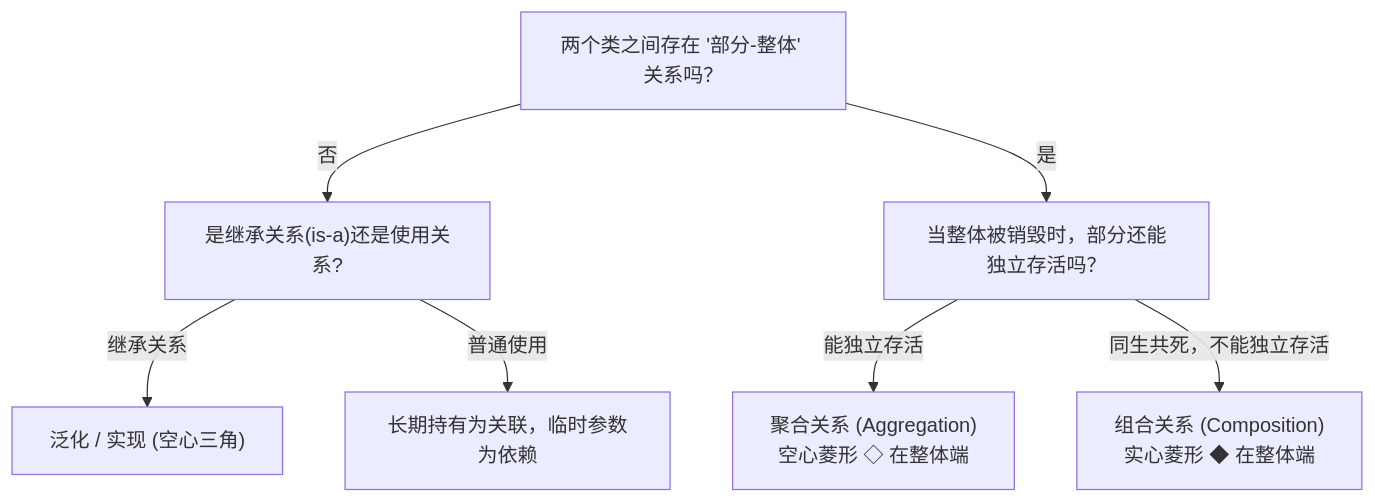
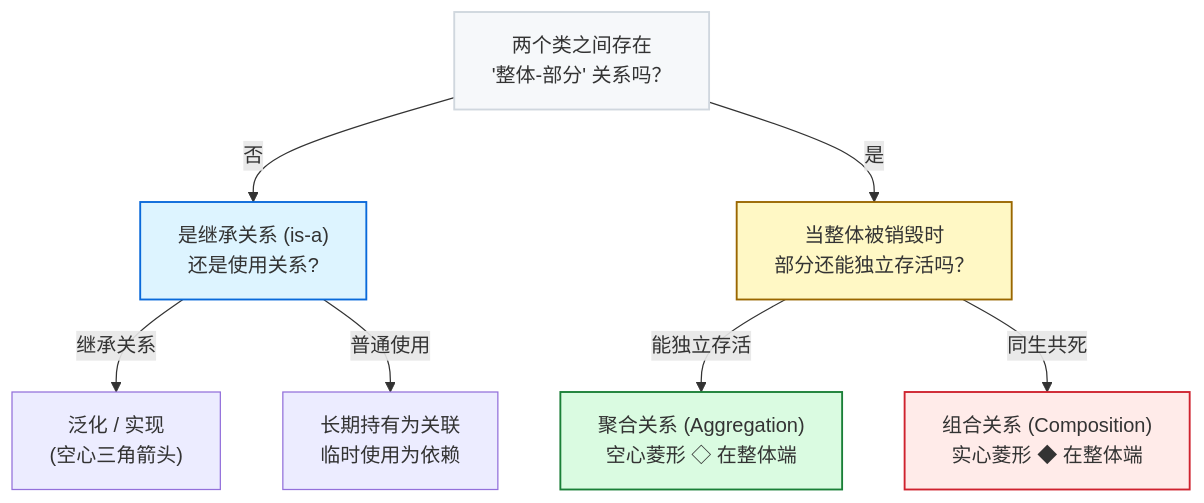
Before and after one commit to atengk/ruankao-software-designer: the second of 2 diagrams in docs/am-general/04-object-oriented-design/02-UML核心图谱与关系辨析.md, drawn with Mermaid. The commit also changed 5 other files, not shown here.

Commit message:
fix(mermaid): 解决流程图节点文字自动折行导致的截断与高度溢出问题

````diff
--- a/docs/am-general/04-object-oriented-design/02-UML核心图谱与关系辨析.md
+++ b/docs/am-general/04-object-oriented-design/02-UML核心图谱与关系辨析.md
@@ -91,9 +91,15 @@
 ```mermaid
 flowchart TD
-    A["两个类之间存在 '部分-整体' 关系吗？"] -->|否| B["是继承关系(is-a)还是使用关系?"]
-    B -->|继承关系| C["泛化 / 实现 (空心三角)"]
-    B -->|普通使用| D["长期持有为关联，临时参数为依赖"]
-    A -->|是| E["当整体被销毁时，部分还能独立存活吗？"]
-    E -->|能独立存活| F["聚合关系 (Aggregation)<br>空心菱形 ◇ 在整体端"]
-    E -->|同生共死，不能独立存活| G["组合关系 (Composition)<br>实心菱形 ◆ 在整体端"]
+    A["两个类之间存在<br/>'整体-部分' 关系吗？"] -->|否| B["是继承关系 (is-a)<br/>还是使用关系?"]
+    B -->|继承关系| C["泛化 / 实现<br/>(空心三角箭头)"]
+    B -->|普通使用| D["长期持有为关联<br/>临时使用为依赖"]
+    A -->|是| E["当整体被销毁时<br/>部分还能独立存活吗？"]
+    E -->|能独立存活| F["聚合关系 (Aggregation)<br/>空心菱形 ◇ 在整体端"]
+    E -->|同生共死| G["组合关系 (Composition)<br/>实心菱形 ◆ 在整体端"]
+
+    style A fill:#f6f8fa,stroke:#d0d7de,stroke-width:1.5px
+    style B fill:#ddf4ff,stroke:#0969da,stroke-width:1.5px
+    style E fill:#fff8c5,stroke:#9a6700,stroke-width:1.5px
+    style F fill:#dafbe1,stroke:#1a7f37,stroke-width:1.5px
+    style G fill:#ffebe9,stroke:#cf222e,stroke-width:1.5px
 ```
````
